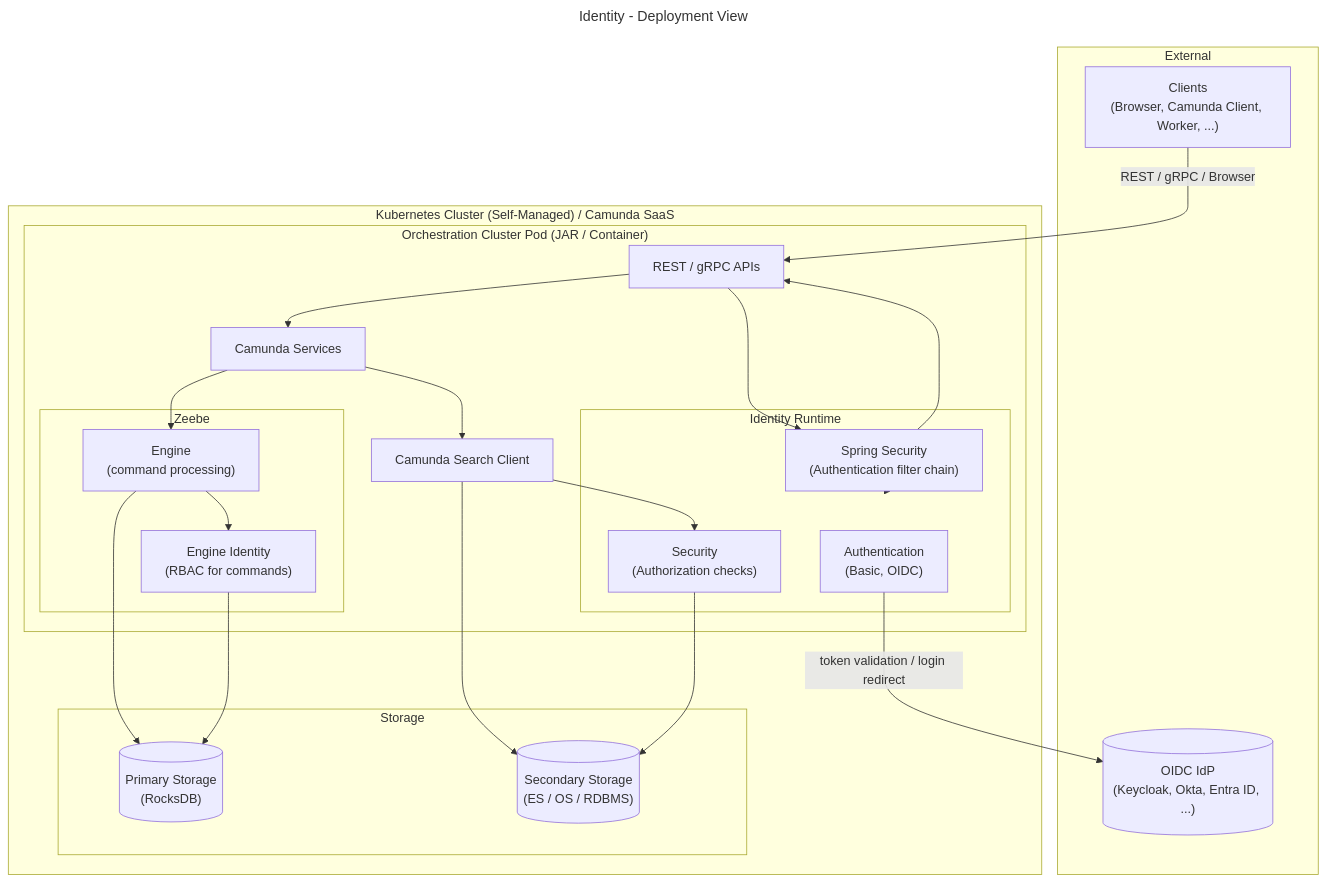
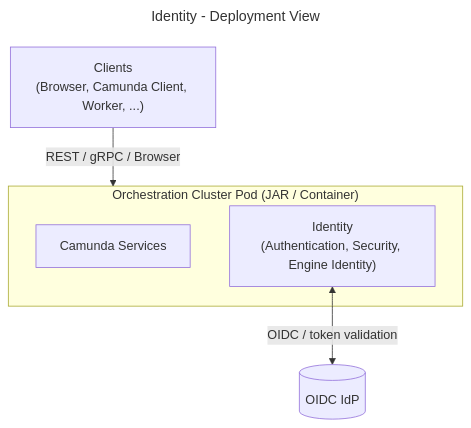
Before and after one commit to camunda/camunda: diagram 12 of 12 in docs/identity/architecture-documentation.md, drawn with Mermaid.

Commit message:
docs: simplify deployment view diagram to show Identity within Orchestration Cluster only

````diff
--- a/docs/identity/architecture-documentation.md
+++ b/docs/identity/architecture-documentation.md
@@ -576,51 +576,16 @@
 ```mermaid
 ---
 title: Identity - Deployment View
 ---
 flowchart TB
-  subgraph EXTERNAL["External"]
-    CLIENTS["Clients\n(Browser, Camunda Client, Worker, ...)"]
-    IDP[("OIDC IdP\n(Keycloak, Okta, Entra ID, ...)")]
+  subgraph OC_POD["Orchestration Cluster Pod (JAR / Container)"]
+    CAMUNDA_SERVICES["Camunda Services"]
+    IDENTITY["Identity\n(Authentication, Security, Engine Identity)"]
   end
 
-  subgraph K8S["Kubernetes Cluster (Self-Managed) / Camunda SaaS"]
-    subgraph OC_POD["Orchestration Cluster Pod (JAR / Container)"]
-      REST_API["REST / gRPC APIs"]
+  CLIENTS["Clients\n(Browser, Camunda Client, Worker, ...)"]
+  IDP[("OIDC IdP")]
 
-      subgraph IDENTITY_RUNTIME["Identity Runtime"]
-        SPRING_SECURITY["Spring Security\n(Authentication filter chain)"]
-        AUTHENTICATION["Authentication\n(Basic, OIDC)"]
-        SECURITY["Security\n(Authorization checks)"]
-      end
-
-      CAMUNDA_SERVICES["Camunda Services"]
-      CAMUNDA_SEARCH_CLIENT["Camunda Search Client"]
-
-      subgraph ZEEBE["Zeebe"]
-        ENGINE["Engine\n(command processing)"]
-        ENGINE_IDENTITY["Engine Identity\n(RBAC for commands)"]
-      end
-
-      REST_API --> SPRING_SECURITY
-      SPRING_SECURITY --> IDENTITY_RUNTIME
-      SPRING_SECURITY --> REST_API
-      REST_API --> CAMUNDA_SERVICES
-      CAMUNDA_SERVICES --> ENGINE
-      CAMUNDA_SERVICES --> CAMUNDA_SEARCH_CLIENT
-      CAMUNDA_SEARCH_CLIENT --> SECURITY
-      ENGINE --> ENGINE_IDENTITY
-    end
-
-    subgraph STORAGE["Storage"]
-      PRIMARY_DB[("Primary Storage\n(RocksDB)")]
-      SECONDARY_DB[("Secondary Storage\n(ES / OS / RDBMS)")]
-    end
-  end
-
-  CLIENTS -->|"REST / gRPC / Browser"| REST_API
-  AUTHENTICATION -->|"token validation / login redirect"| IDP
-  ENGINE --> PRIMARY_DB
-  ENGINE_IDENTITY --> PRIMARY_DB
-  CAMUNDA_SEARCH_CLIENT --> SECONDARY_DB
-  SECURITY --> SECONDARY_DB
+  CLIENTS -->|"REST / gRPC / Browser"| OC_POD
+  IDENTITY <-->|"OIDC / token validation"| IDP
 ```
````
